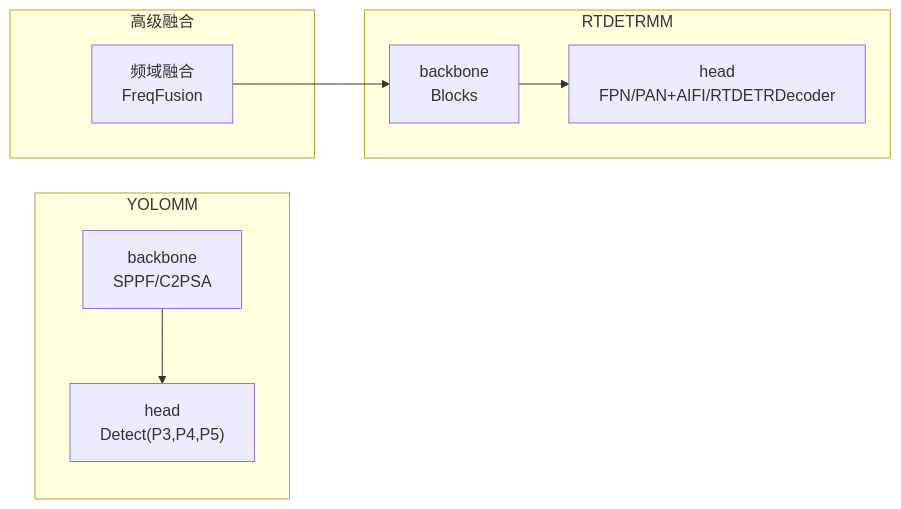
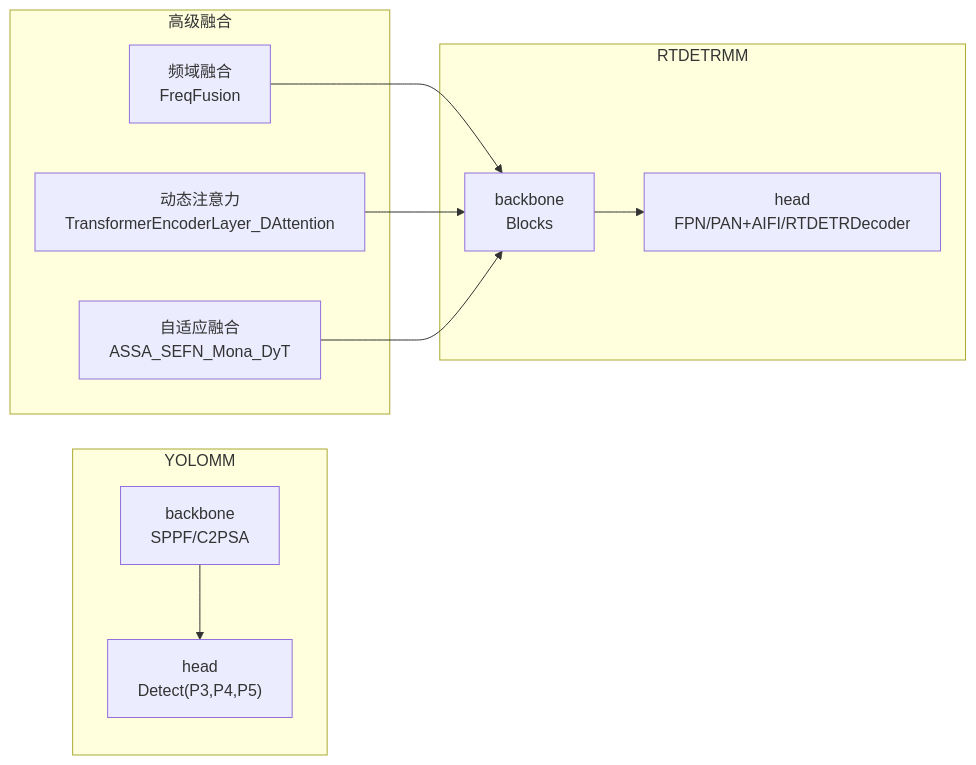
The fourth of 6 diagrams in .qoder/repowiki/zh/content/模型配置与管理/模型配置与管理.md (2208754827/MM-IMPROVE), drawn with Mermaid before and after one commit. The commit also changed other lines of this file and 411 other files, not shown here.

````diff
--- a/.qoder/repowiki/zh/content/模型配置与管理/模型配置与管理.md
+++ b/.qoder/repowiki/zh/content/模型配置与管理/模型配置与管理.md
@@ -196,12 +232,14 @@
 ```mermaid
 graph LR
 subgraph "YOLOMM"
 B1["backbone<br/>SPPF/C2PSA"] --> H1["head<br/>Detect(P3,P4,P5)"]
 end
 subgraph "RTDETRMM"
 B2["backbone<br/>Blocks"] --> H2["head<br/>FPN/PAN+AIFI/RTDETRDecoder"]
 end
 subgraph "高级融合"
 FF["频域融合<br/>FreqFusion"] --> B2
+DA["动态注意力<br/>TransformerEncoderLayer_DAttention"] --> B2
+ASSA["自适应融合<br/>ASSA_SEFN_Mona_DyT"] --> B2
 end
 ```
````
